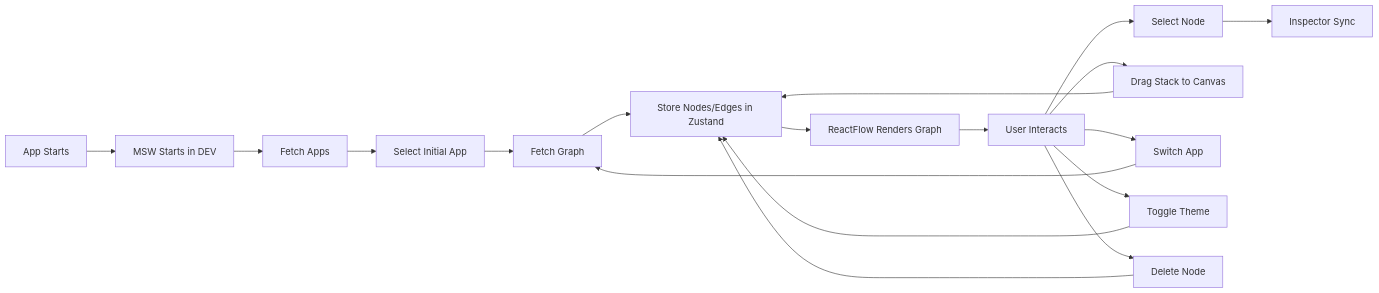
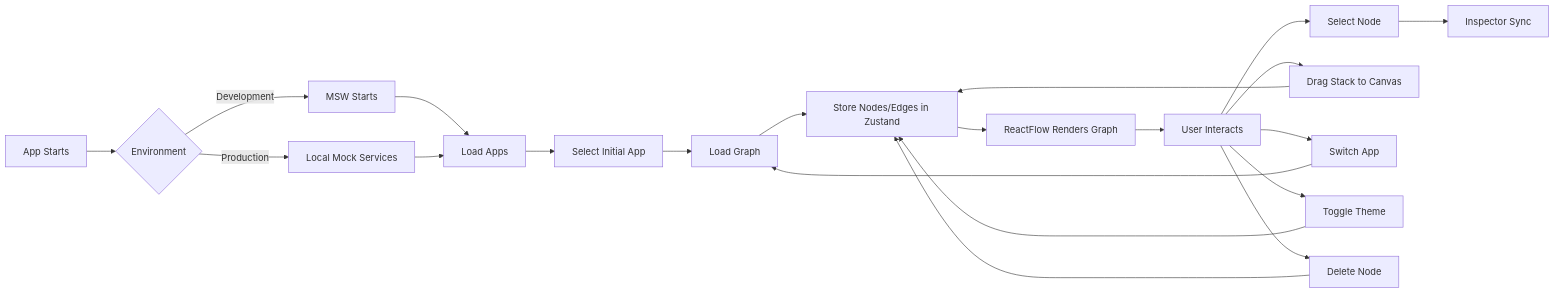
Before and after one commit to gaganguddi/App-Graph-Builder: diagram 18 of 18 in docs/system-architecture.md, drawn with Mermaid. The commit also changed other lines of this file and 1 other file, not shown here.

````diff
--- a/docs/system-architecture.md
+++ b/docs/system-architecture.md
@@ -543,20 +634,23 @@
 ```mermaid
 flowchart LR
-  Start[App Starts] --> MSW[MSW Starts in DEV]
-  MSW --> Apps[Fetch Apps]
+  Start[App Starts] --> Env{Environment}
+  Env -->|Development| MSW[MSW Starts]
+  Env -->|Production| Local[Local Mock Services]
+  MSW --> Apps[Load Apps]
+  Local --> Apps
   Apps --> SelectApp[Select Initial App]
-  SelectApp --> GraphFetch[Fetch Graph]
+  SelectApp --> GraphFetch[Load Graph]
   GraphFetch --> Store[Store Nodes/Edges in Zustand]
   Store --> Render[ReactFlow Renders Graph]
   Render --> Interact[User Interacts]
   Interact --> Select[Select Node]
   Interact --> DragDrop[Drag Stack to Canvas]
   Interact --> Switch[Switch App]
   Interact --> Theme[Toggle Theme]
   Interact --> Delete[Delete Node]
   Select --> Inspector[Inspector Sync]
   DragDrop --> Store
   Switch --> GraphFetch
   Theme --> Store
   Delete --> Store
 ```
````
